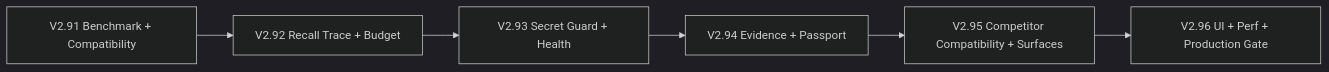
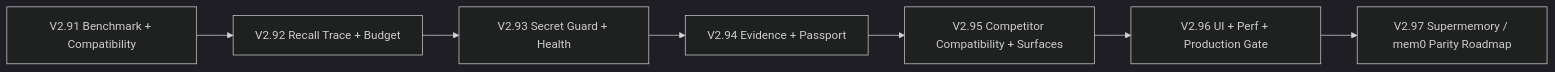
One commit to vibe-coding-era/meat-memory changed the diagram in docs/V2.9/V2.9-release-split-roadmap.md. Above: the diagram before and after it, drawn with Mermaid (dark theme). The commit also changed other lines of this file and 3 other files, not shown here.

Commit message:
docs: add V2.97 competitor parity roadmap

````diff
--- a/docs/V2.9/V2.9-release-split-roadmap.md
+++ b/docs/V2.9/V2.9-release-split-roadmap.md
@@ -268,15 +310,17 @@
 ```mermaid
 flowchart LR
   V291["V2.91 Benchmark + Compatibility"]
   V292["V2.92 Recall Trace + Budget"]
   V293["V2.93 Secret Guard + Health"]
   V294["V2.94 Evidence + Passport"]
   V295["V2.95 Competitor Compatibility + Surfaces"]
   V296["V2.96 UI + Perf + Production Gate"]
+  V297["V2.97 Supermemory / mem0 Parity Roadmap"]
 
   V291 --> V292
   V292 --> V293
   V293 --> V294
   V294 --> V295
   V295 --> V296
+  V296 --> V297
 ```
````
